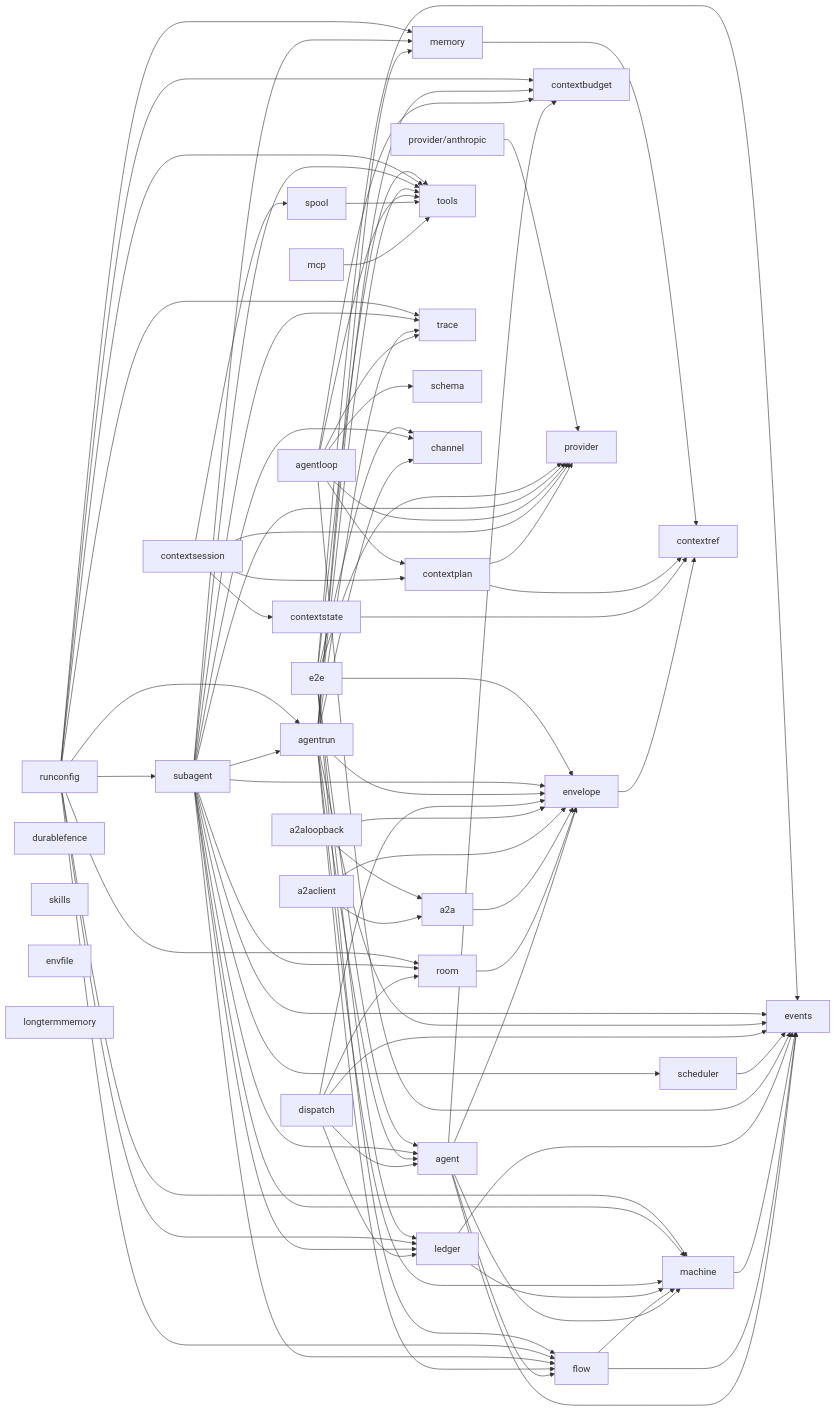
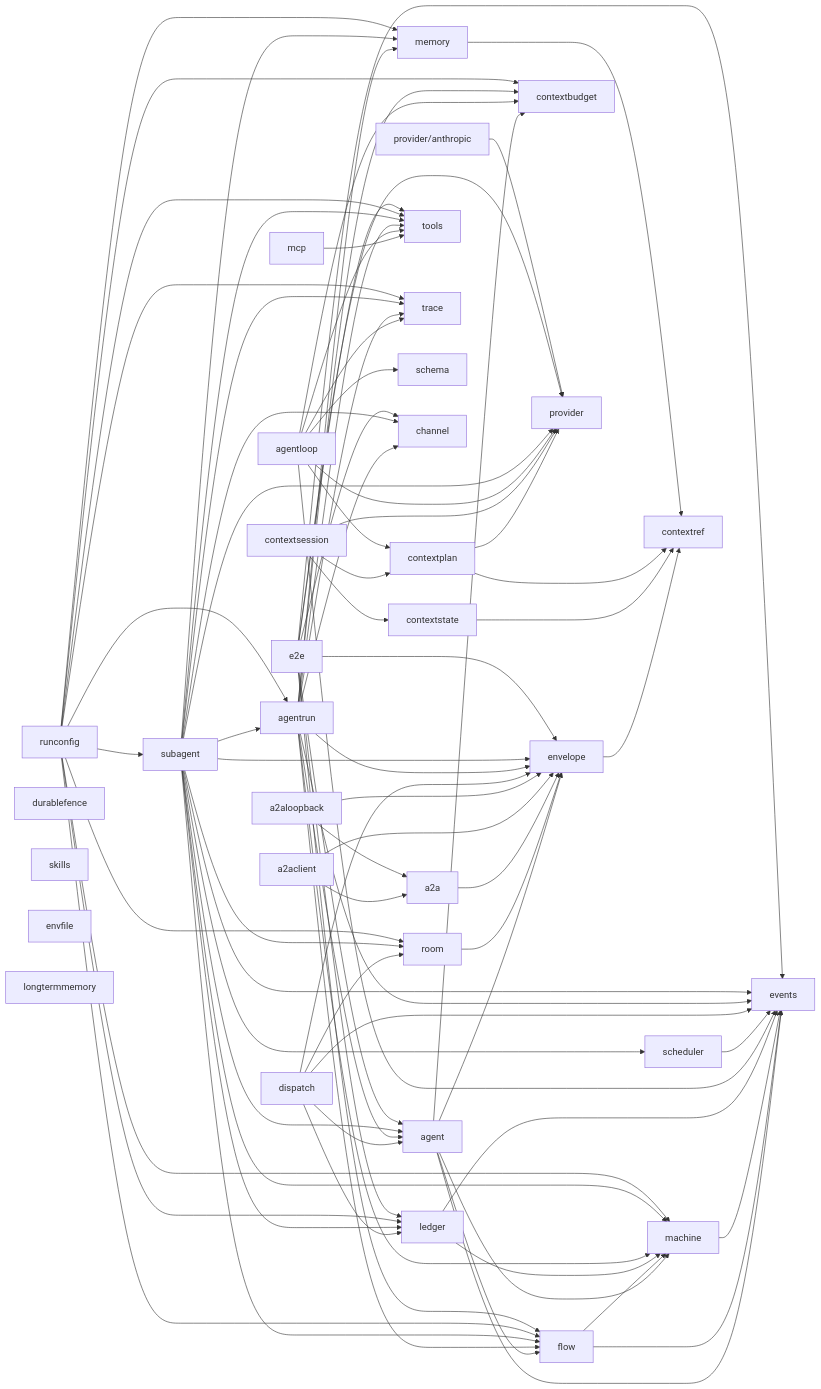
Before and after one commit to MiviaLabs/mivia-ai-sdk: the first of 2 diagrams in docs/architecture.md, drawn with Mermaid. The commit also changed other lines of this file and 23 other files, not shown here.

```diff
--- a/docs/architecture.md
+++ b/docs/architecture.md
@@ -48,7 +48,6 @@
     contextsession --> contextplan
     contextsession --> contextstate
     contextsession --> provider
-    contextsession --> spool
     flow --> events
     flow --> machine
     machine --> events
@@ -62,7 +61,6 @@
     a2aloopback --> a2a
     a2aloopback --> envelope
     mcp --> tools
-    spool --> tools
     agentloop --> provider
     agentloop --> tools
     agentloop --> trace
```
